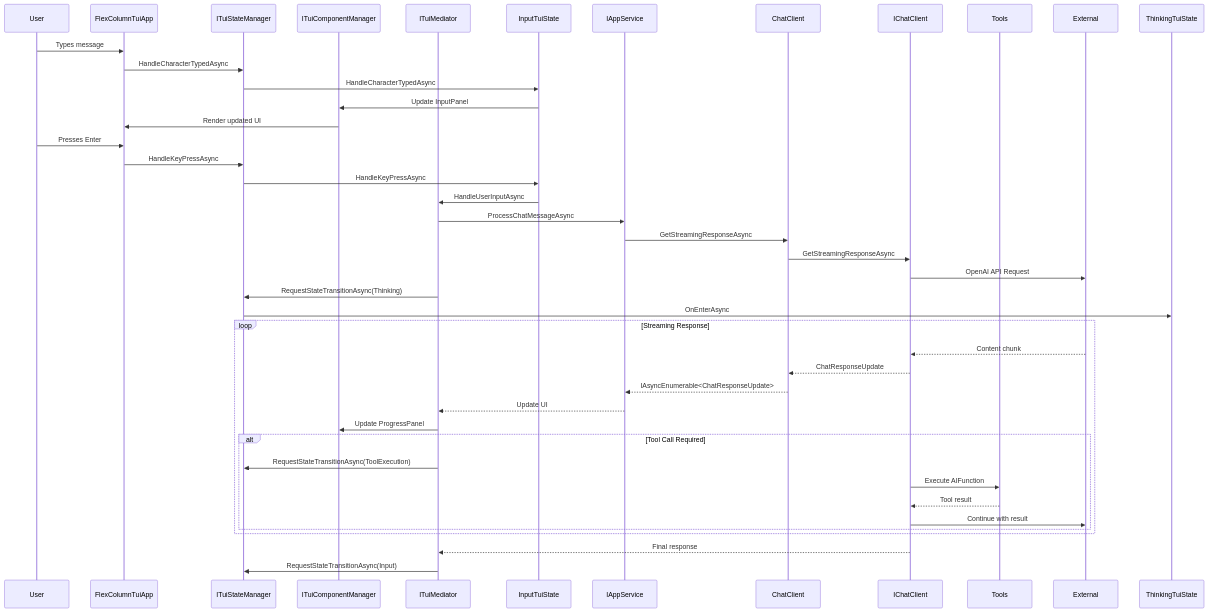
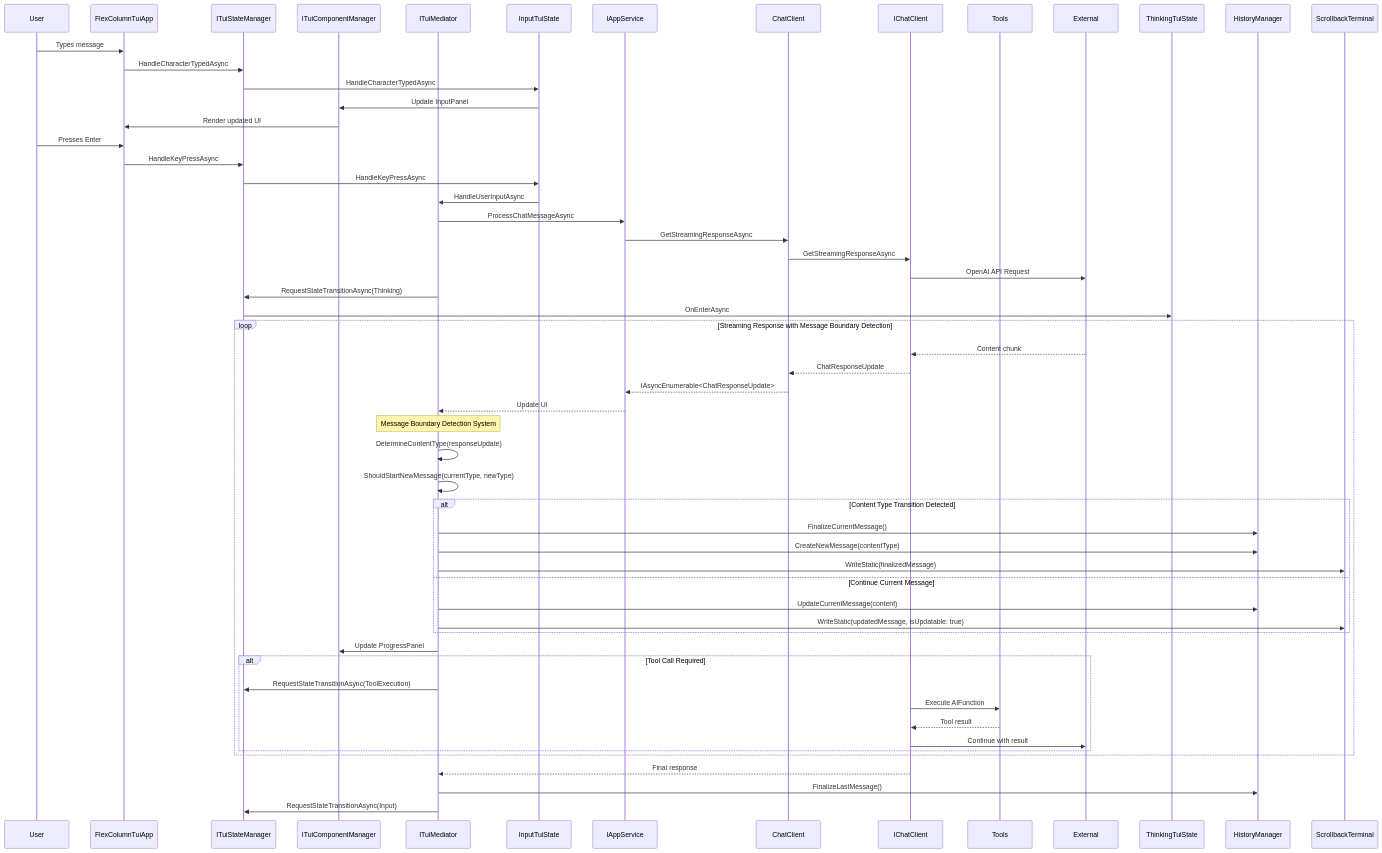
One commit to peakflames/mogzi changed the second of 5 diagrams in docs/process/03_architecture.md. Above: the diagram before and after it, drawn with Mermaid. The commit also changed 5 other files, not shown here.

First line of the commit message:
success: Implement message boundary detection system for proper chat sequencing

````diff
--- a/docs/process/03_architecture.md
+++ b/docs/process/03_architecture.md
@@ -75,49 +75,64 @@
 ```mermaid
 sequenceDiagram
     participant User
     participant FlexColumnTuiApp
     participant ITuiStateManager
     participant ITuiComponentManager
     participant ITuiMediator
     participant InputTuiState
     participant IAppService
     participant ChatClient
     participant IChatClient
     participant Tools
 
     User->>FlexColumnTuiApp: Types message
     FlexColumnTuiApp->>ITuiStateManager: HandleCharacterTypedAsync
     ITuiStateManager->>InputTuiState: HandleCharacterTypedAsync
     InputTuiState->>ITuiComponentManager: Update InputPanel
     ITuiComponentManager->>FlexColumnTuiApp: Render updated UI
     
     User->>FlexColumnTuiApp: Presses Enter
     FlexColumnTuiApp->>ITuiStateManager: HandleKeyPressAsync
     ITuiStateManager->>InputTuiState: HandleKeyPressAsync
     InputTuiState->>ITuiMediator: HandleUserInputAsync
     ITuiMediator->>IAppService: ProcessChatMessageAsync
     IAppService->>ChatClient: GetStreamingResponseAsync
     ChatClient->>IChatClient: GetStreamingResponseAsync
     IChatClient->>External: OpenAI API Request
     
     ITuiMediator->>ITuiStateManager: RequestStateTransitionAsync(Thinking)
     ITuiStateManager->>ThinkingTuiState: OnEnterAsync
     
-    loop Streaming Response
+    loop Streaming Response with Message Boundary Detection
         External-->>IChatClient: Content chunk
         IChatClient-->>ChatClient: ChatResponseUpdate
         ChatClient-->>IAppService: IAsyncEnumerable<ChatResponseUpdate>
         IAppService-->>ITuiMediator: Update UI
+        
+        Note over ITuiMediator: Message Boundary Detection System
+        ITuiMediator->>ITuiMediator: DetermineContentType(responseUpdate)
+        ITuiMediator->>ITuiMediator: ShouldStartNewMessage(currentType, newType)
+        
+        alt Content Type Transition Detected
+            ITuiMediator->>HistoryManager: FinalizeCurrentMessage()
+            ITuiMediator->>HistoryManager: CreateNewMessage(contentType)
+            ITuiMediator->>ScrollbackTerminal: WriteStatic(finalizedMessage)
+        else Continue Current Message
+            ITuiMediator->>HistoryManager: UpdateCurrentMessage(content)
+            ITuiMediator->>ScrollbackTerminal: WriteStatic(updatedMessage, isUpdatable: true)
+        end
+        
         ITuiMediator->>ITuiComponentManager: Update ProgressPanel
         
         alt Tool Call Required
             ITuiMediator->>ITuiStateManager: RequestStateTransitionAsync(ToolExecution)
             IChatClient->>Tools: Execute AIFunction
             Tools-->>IChatClient: Tool result
             IChatClient->>External: Continue with result
         end
     end
     
     IChatClient-->>ITuiMediator: Final response
+    ITuiMediator->>HistoryManager: FinalizeLastMessage()
     ITuiMediator->>ITuiStateManager: RequestStateTransitionAsync(Input)
 ```
````
